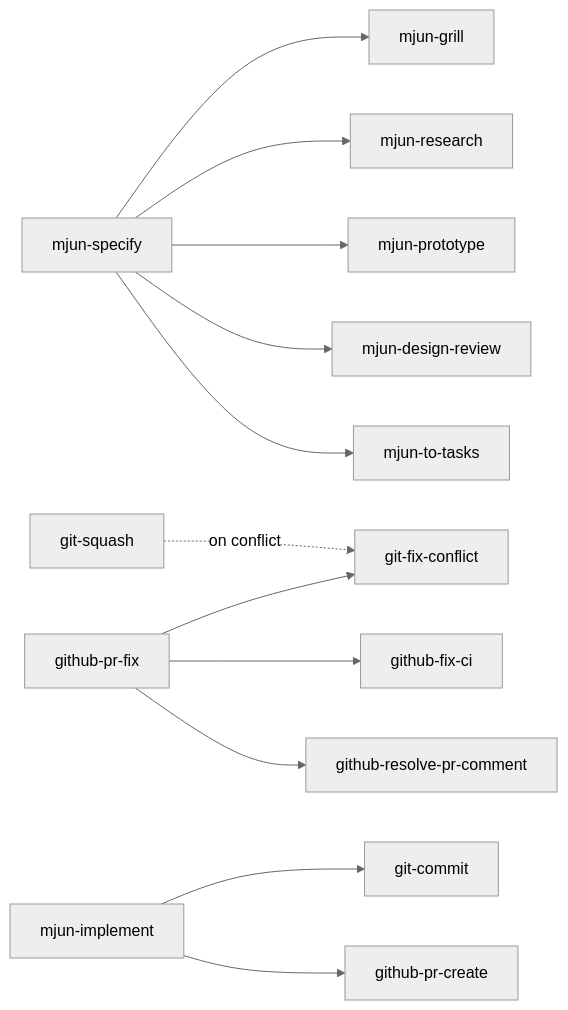
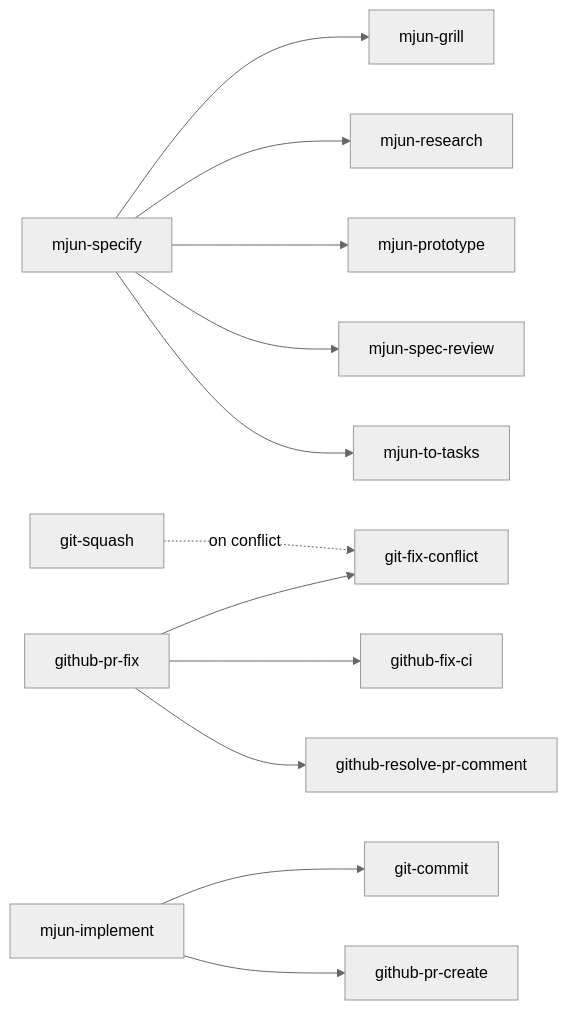
One commit to mjun0812/dotfiles changed the diagram in doc/skills.md. Above: the diagram before and after it, drawn with Mermaid (neutral theme). The commit also changed other lines of this file and 9 other files, not shown here.

First line of the commit message:
feat: rename mjun-design-review to mjun-spec-review and review the contract axis too

````diff
--- a/doc/skills.md
+++ b/doc/skills.md
@@ -104,17 +104,17 @@
 ```mermaid
 graph LR
     git-squash -. on conflict .-> git-fix-conflict
 
     mjun-specify --> mjun-grill
     mjun-specify --> mjun-research
     mjun-specify --> mjun-prototype
-    mjun-specify --> mjun-design-review
+    mjun-specify --> mjun-spec-review
     mjun-specify --> mjun-to-tasks
 
     mjun-implement --> git-commit
     mjun-implement --> github-pr-create
 
     github-pr-fix --> git-fix-conflict
     github-pr-fix --> github-fix-ci
     github-pr-fix --> github-resolve-pr-comment
 ```
````
